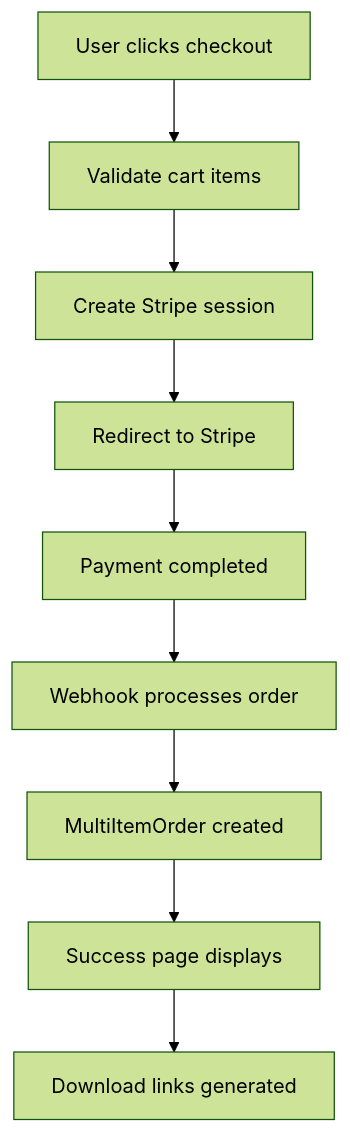
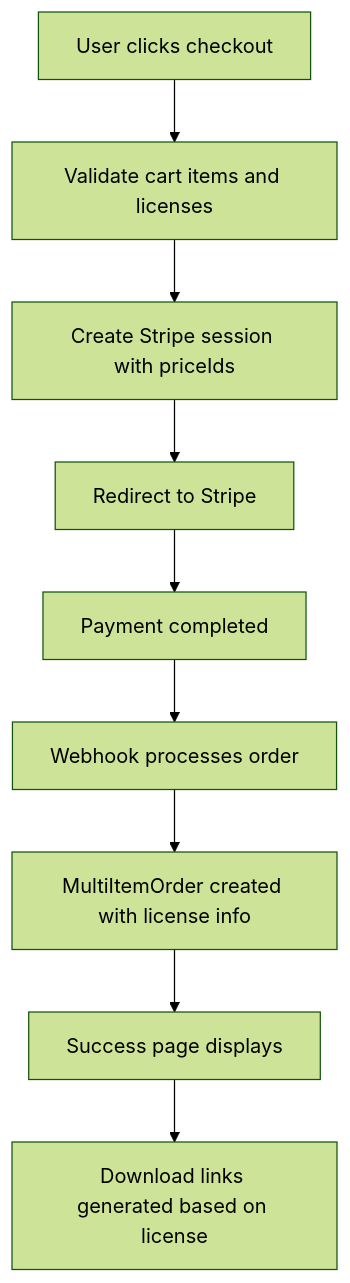
The second of 3 diagrams in CART_SYSTEM_DOCUMENTATION.md (wesleyajavon/woodpecker-nextjs), drawn with Mermaid (forest theme) before and after one commit. The commit also changed other lines of this file and 51 other files, not shown here.

````diff
--- a/CART_SYSTEM_DOCUMENTATION.md
+++ b/CART_SYSTEM_DOCUMENTATION.md
@@ -171,11 +190,11 @@
 ```mermaid
 graph TD
-    A[User clicks checkout] --> B[Validate cart items]
-    B --> C[Create Stripe session]
+    A[User clicks checkout] --> B[Validate cart items and licenses]
+    B --> C[Create Stripe session with priceIds]
     C --> D[Redirect to Stripe]
     D --> E[Payment completed]
     E --> F[Webhook processes order]
-    F --> G[MultiItemOrder created]
+    F --> G[MultiItemOrder created with license info]
     G --> H[Success page displays]
-    H --> I[Download links generated]
+    H --> I[Download links generated based on license]
 ```
````
